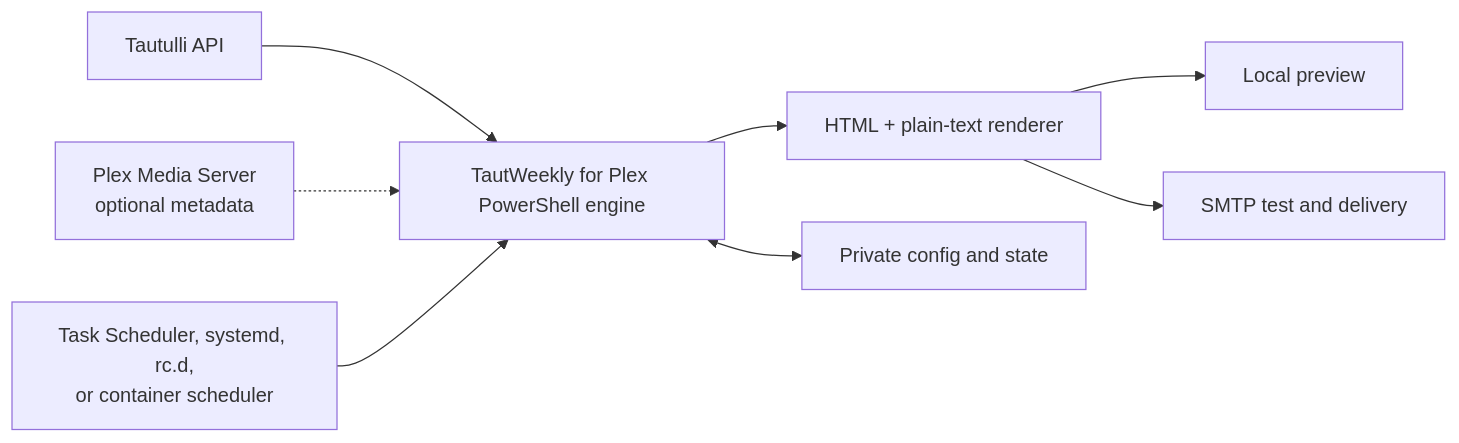
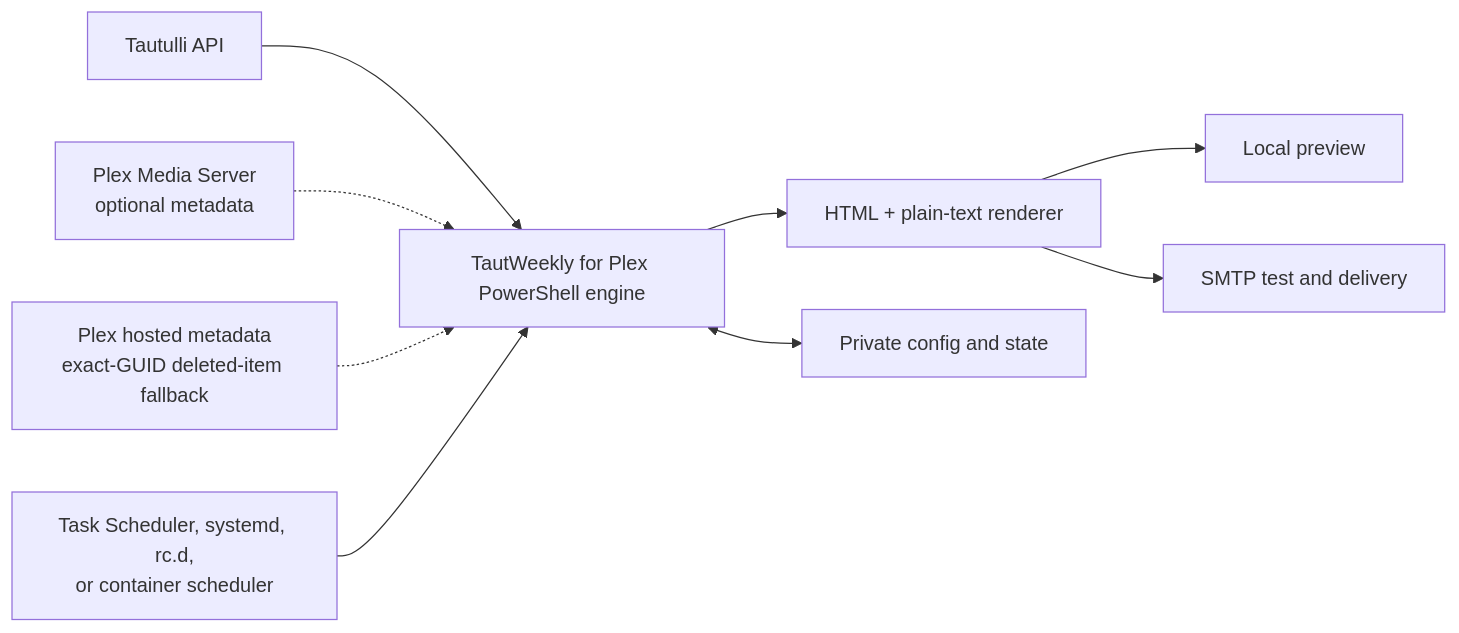
One commit to sparkmoxie/TautWeekly changed the diagram in README.md. Above: the diagram before and after it, drawn with Mermaid. The commit also changed other lines of this file and 14 other files, not shown here.

Commit message:
fix: recover deleted Plex history metadata

````diff
--- a/README.md
+++ b/README.md
@@ -317,10 +317,11 @@
 ```mermaid
 flowchart LR
     T["Tautulli API"] --> E["TautWeekly for Plex PowerShell engine"]
     P["Plex Media Server\noptional metadata"] -.-> E
+    H["Plex hosted metadata\nexact-GUID deleted-item fallback"] -.-> E
     E --> R["HTML + plain-text renderer"]
     R --> V["Local preview"]
     R --> M["SMTP test and delivery"]
     E <--> S["Private config and state"]
     C["Task Scheduler, systemd, rc.d,\nor container scheduler"] --> E
 ```
````
